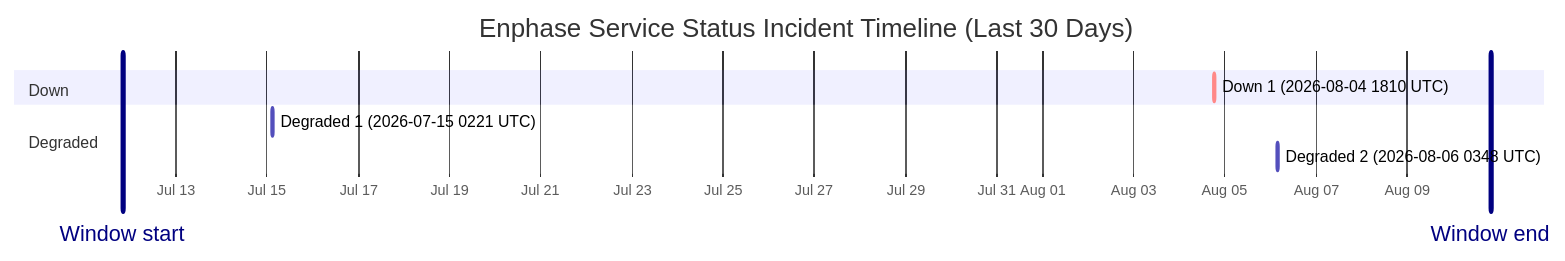
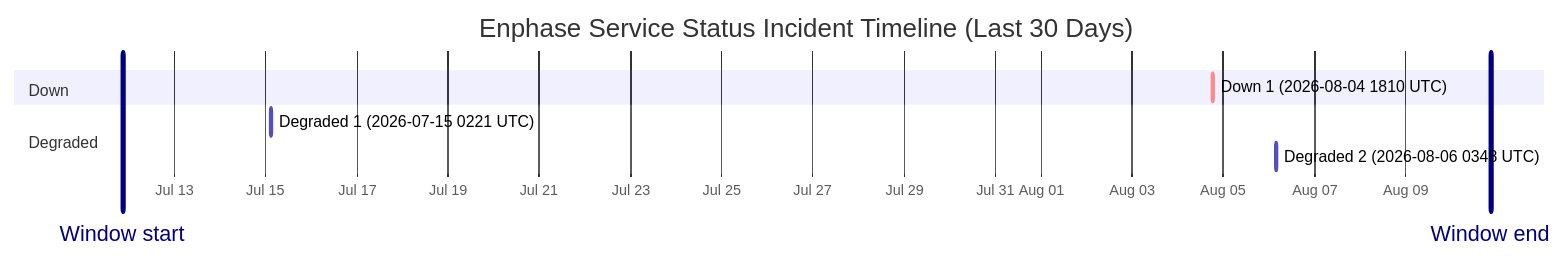
The diagram in wiki/Service-Status-History.md (barneyonline/ha-enphase-energy), drawn with Mermaid before and after one commit. The commit also changed other lines of this file and 3 other files, not shown here.

````diff
--- a/wiki/Service-Status-History.md
+++ b/wiki/Service-Status-History.md
@@ -14,13 +14,13 @@
 ```mermaid
 gantt
     title Enphase Service Status Incident Timeline (Last 30 Days)
     dateFormat  YYYY-MM-DDTHH:mm:ss
     axisFormat  %b %d
-    Window start :vert, window-start, 2026-07-11T19:54:07, 0ms
-    Window end :vert, window-end, 2026-08-10T19:54:07, 0ms
+    Window start :vert, window-start, 2026-07-11T20:40:03, 0ms
+    Window end :vert, window-end, 2026-08-10T20:40:03, 0ms
     section Down
     Down 1 (2026-08-04 1810 UTC) :crit, down-1, 2026-08-04T18:10:46, 60m
     section Degraded
     Degraded 1 (2026-07-15 0221 UTC) :active, degraded-1, 2026-07-15T02:21:35, 60m
     Degraded 2 (2026-08-06 0348 UTC) :active, degraded-2, 2026-08-06T03:48:14, 60m
 ```
````
